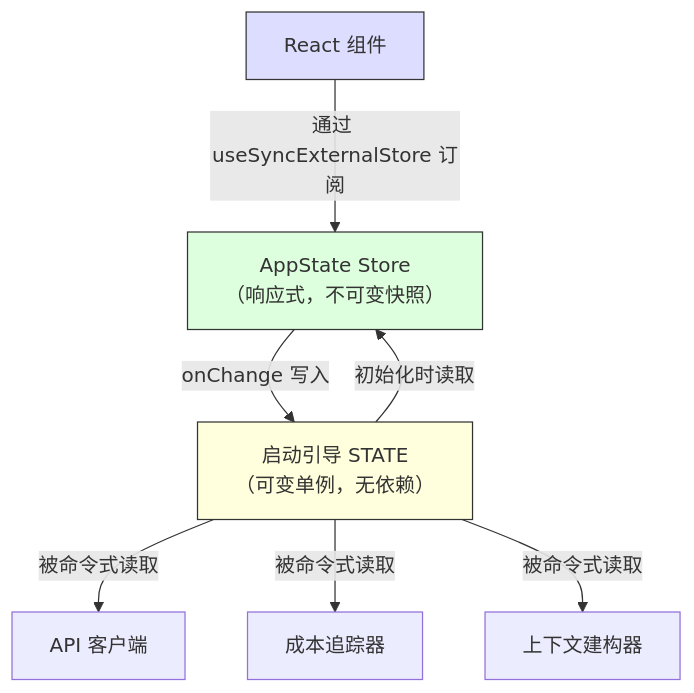
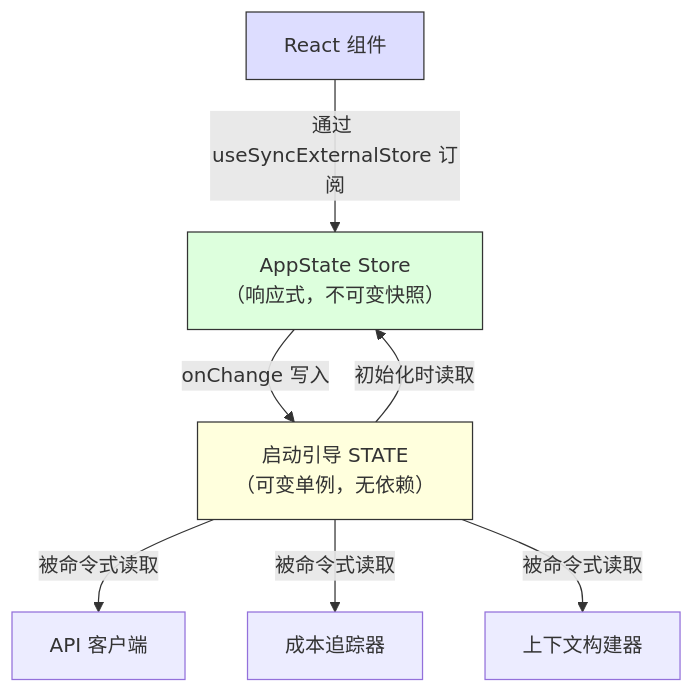
Before and after one commit to Gracker/claude-code-from-source-zh-cn: the second of 2 diagrams in book/ch03-state.md, drawn with Mermaid. The commit also changed other lines of this file and 16 other files, not shown here.

````diff
--- a/book/ch03-state.md
+++ b/book/ch03-state.md
@@ -195,13 +195,13 @@
 ```mermaid
 graph TD
     RC["React 组件"] -->|通过 useSyncExternalStore 订阅| AS["AppState Store<br/>（响应式，不可变快照）"]
     AS -->|onChange 写入| BS["启动引导 STATE<br/>（可变单例，无依赖）"]
     BS -->|初始化时读取| AS
     BS -->|被命令式读取| API["API 客户端"]
     BS -->|被命令式读取| CT["成本追踪器"]
-    BS -->|被命令式读取| CB["上下文建构器"]
+    BS -->|被命令式读取| CB["上下文构建器"]
 
     style BS fill:#ffd,stroke:#333
     style AS fill:#dfd,stroke:#333
     style RC fill:#ddf,stroke:#333
 ```
````
